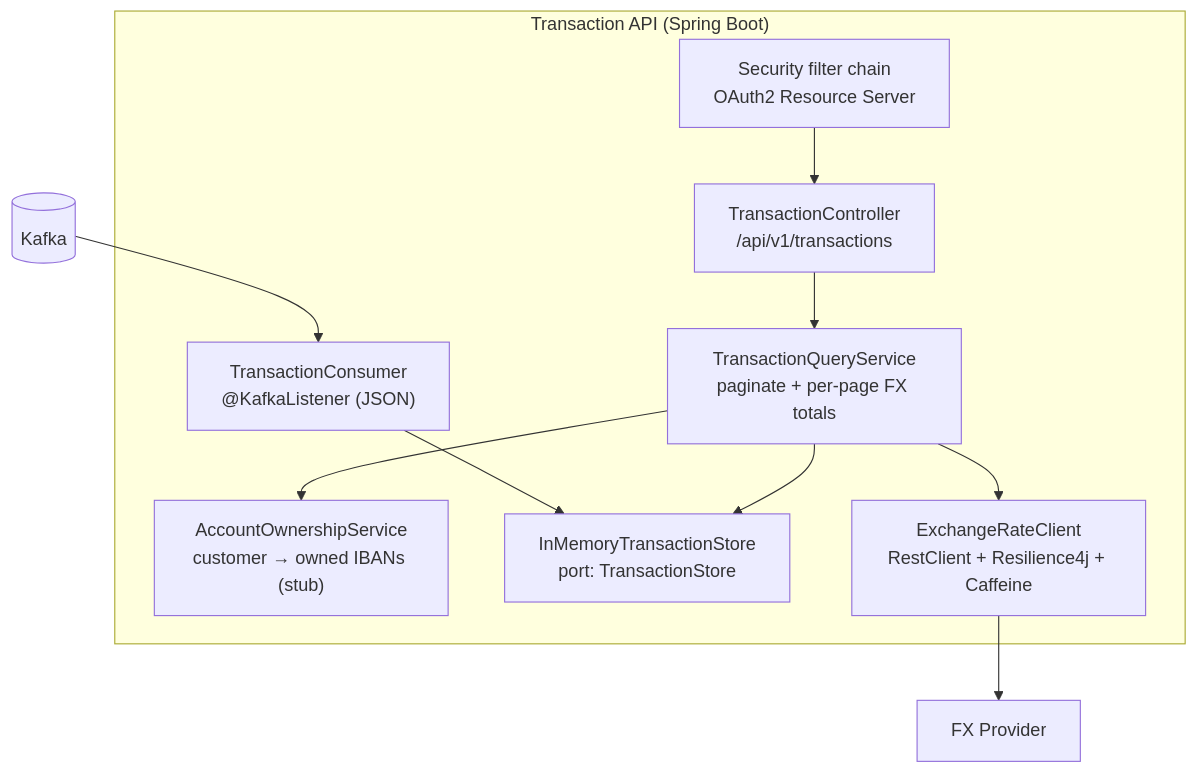
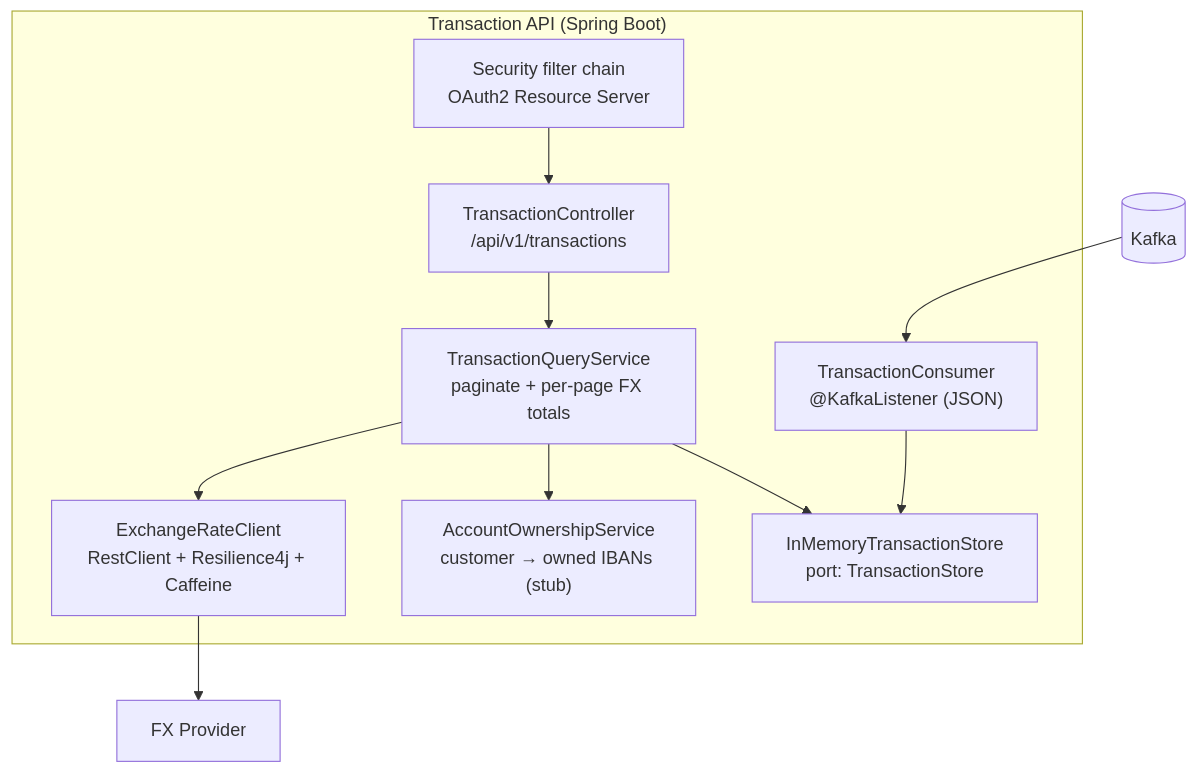
The second of 3 diagrams in README.md (HermitKW/e-Banking-Portal), drawn with Mermaid before and after one commit. The commit also changed other lines of this file, not shown here.

Commit message:
Revised Containers diagram

````diff
--- a/README.md
+++ b/README.md
@@ -98,19 +98,19 @@
 ```mermaid
 flowchart TB
     kafka[("Kafka")]
     fxext["FX Provider"]
     subgraph app["Transaction API (Spring Boot)"]
         sec["Security filter chain<br/>OAuth2 Resource Server"]
         ctrl["TransactionController<br/>/api/v1/transactions"]
         qry["TransactionQueryService<br/>paginate + per-page FX totals"]
         own["AccountOwnershipService<br/>customer → owned IBANs (stub)"]
         store["InMemoryTransactionStore<br/>port: TransactionStore"]
         consumer["TransactionConsumer<br/>@KafkaListener (JSON)"]
         fxc["ExchangeRateClient<br/>RestClient + Resilience4j + Caffeine"]
     end
     kafka --> consumer --> store
     sec --> ctrl --> qry
+    qry --> store
     qry --> own
-    qry --> store
     qry --> fxc --> fxext
 ```
````
